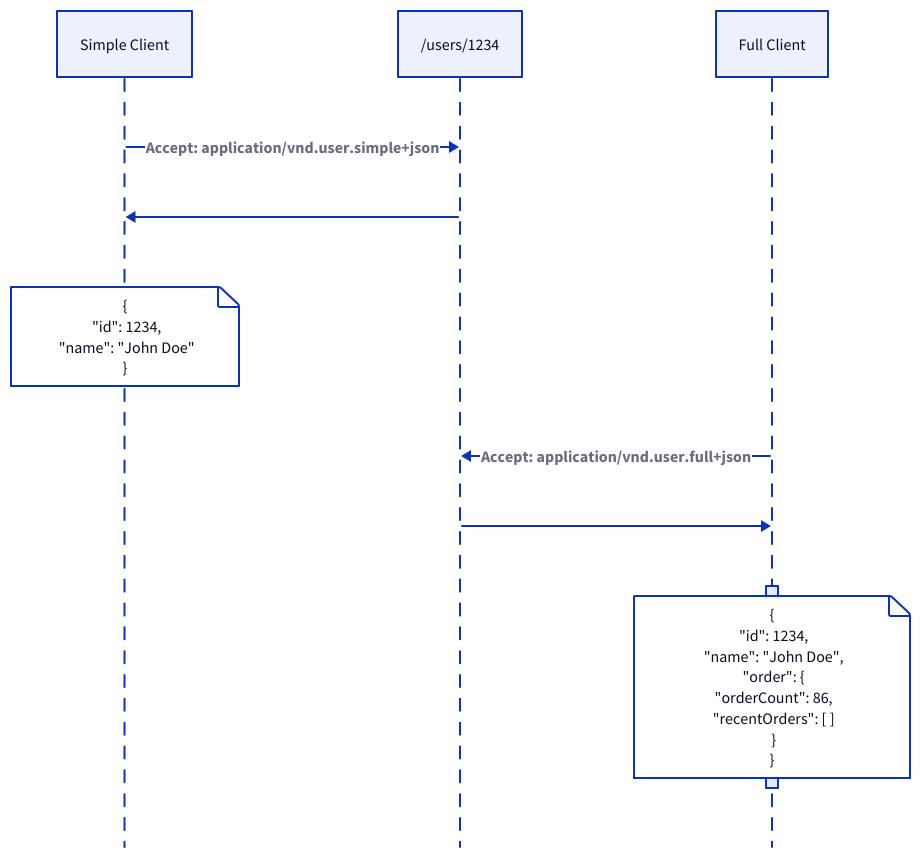
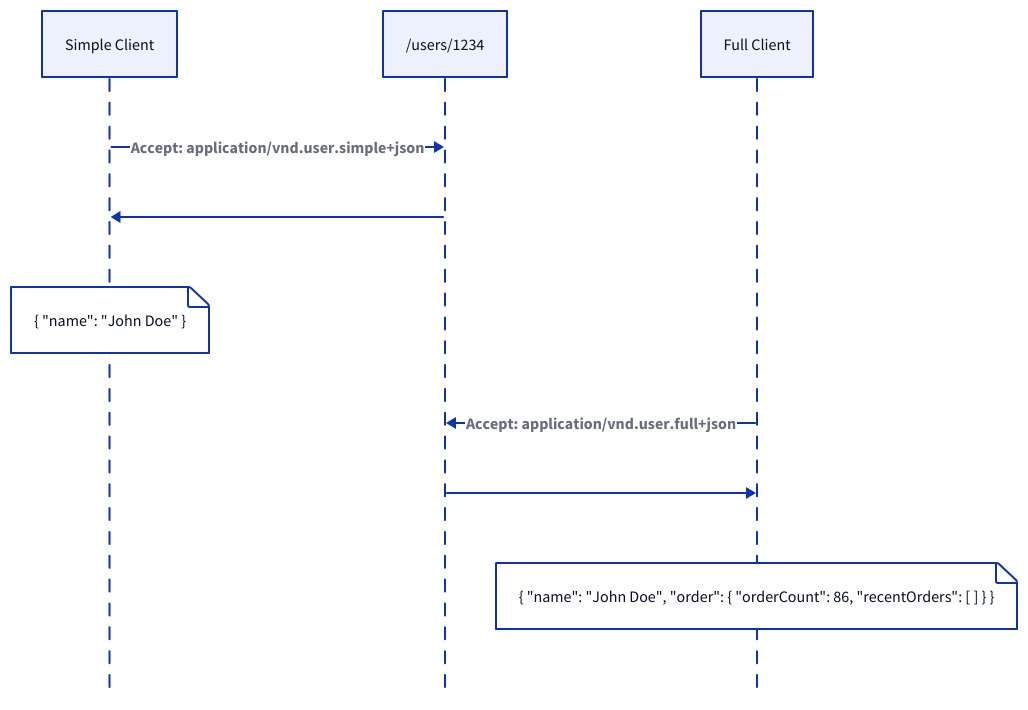
Before and after one commit to link1905/system-design-101: the ninth of 9 diagrams in content/docs/web-service/api-design/_index.md, drawn with D2. The commit also changed other lines of this file and 49 other files, not shown here.

````diff
--- a/content/docs/web-service/api-design/_index.md
+++ b/content/docs/web-service/api-design/_index.md
@@ -401,38 +395,22 @@
 ```d2
 shape: sequence_diagram
 jc: Simple Client
 p: "/users/1234" {
     class: server
 }
 fc: Full Client
 jc -> p: "Accept: application/vnd.user.simple+json" {
    style.bold: true
 }
 p -> jc
 jc {
-   json: |||json
-   {
-       "id": 1234,
-       "name": "John Doe"
-   }
-   |||
+   '{ "name": "John Doe" }'
 }
 fc -> p: "Accept: application/vnd.user.full+json" {
    style.bold: true
 }
 p -> fc
 fc {
-    json {
-        content: |||json
-        {
-            "id": 1234,
-            "name": "John Doe",
-            "order": {
-                "orderCount": 86,
-                "recentOrders": [ ]
-            }
-        }
-        |||
-    }
+    '{ "name": "John Doe", "order": { "orderCount": 86, "recentOrders": [ ] } }'
 }
 ```
````
